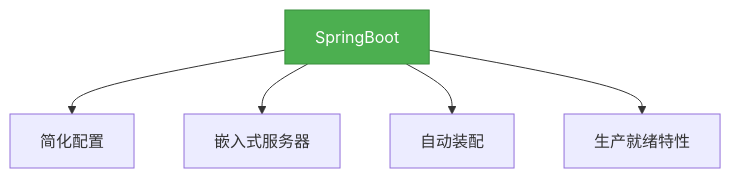
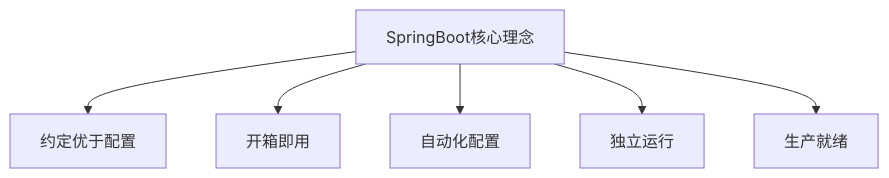
Before and after one commit to lindaifeng/lindaifeng.github.io: the first of 6 diagrams in src/frame/springboot/1. SpringBoot概述与入门.md, drawn with Mermaid. The commit also changed other lines of this file and 17 other files, not shown here.

````diff
--- a/src/frame/springboot/1. SpringBoot概述与入门.md
+++ b/src/frame/springboot/1. SpringBoot概述与入门.md
@@ -7,11 +14,8 @@
 ```mermaid
-graph TD
-    A[SpringBoot] --> B[简化配置]
-    A --> C[嵌入式服务器]
-    A --> D[自动装配]
-    A --> E[生产就绪特性]
-
-    classDef structure fill:#4CAF50,stroke:#388E3C,color:white;
-    class A structure;
-    class B,C,D,E algorithm;
+graph TB
+    A[SpringBoot核心理念] --> B[约定优于配置]
+    A --> C[开箱即用]
+    A --> D[自动化配置]
+    A --> E[独立运行]
+    A --> F[生产就绪]
 ```
````
